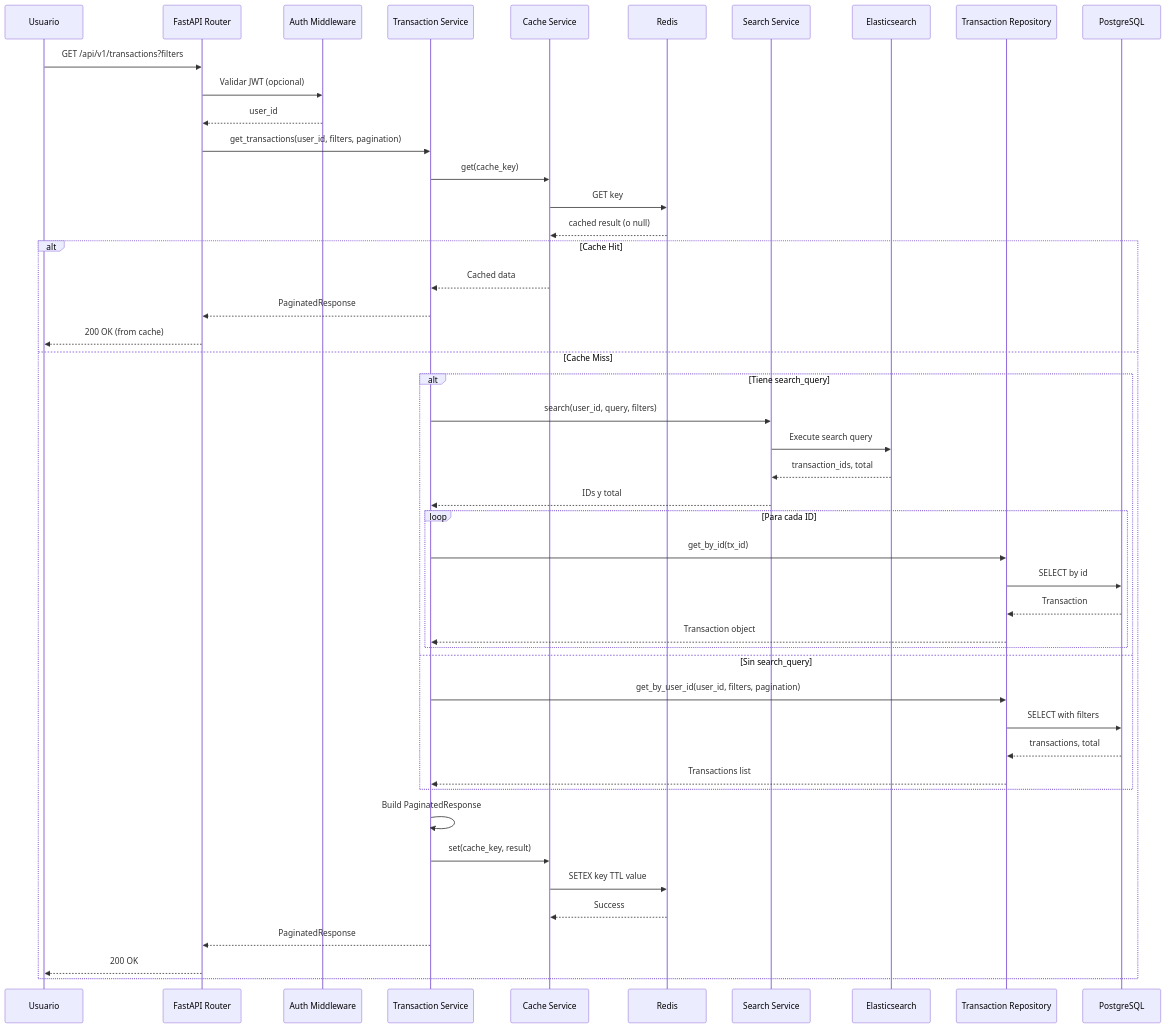
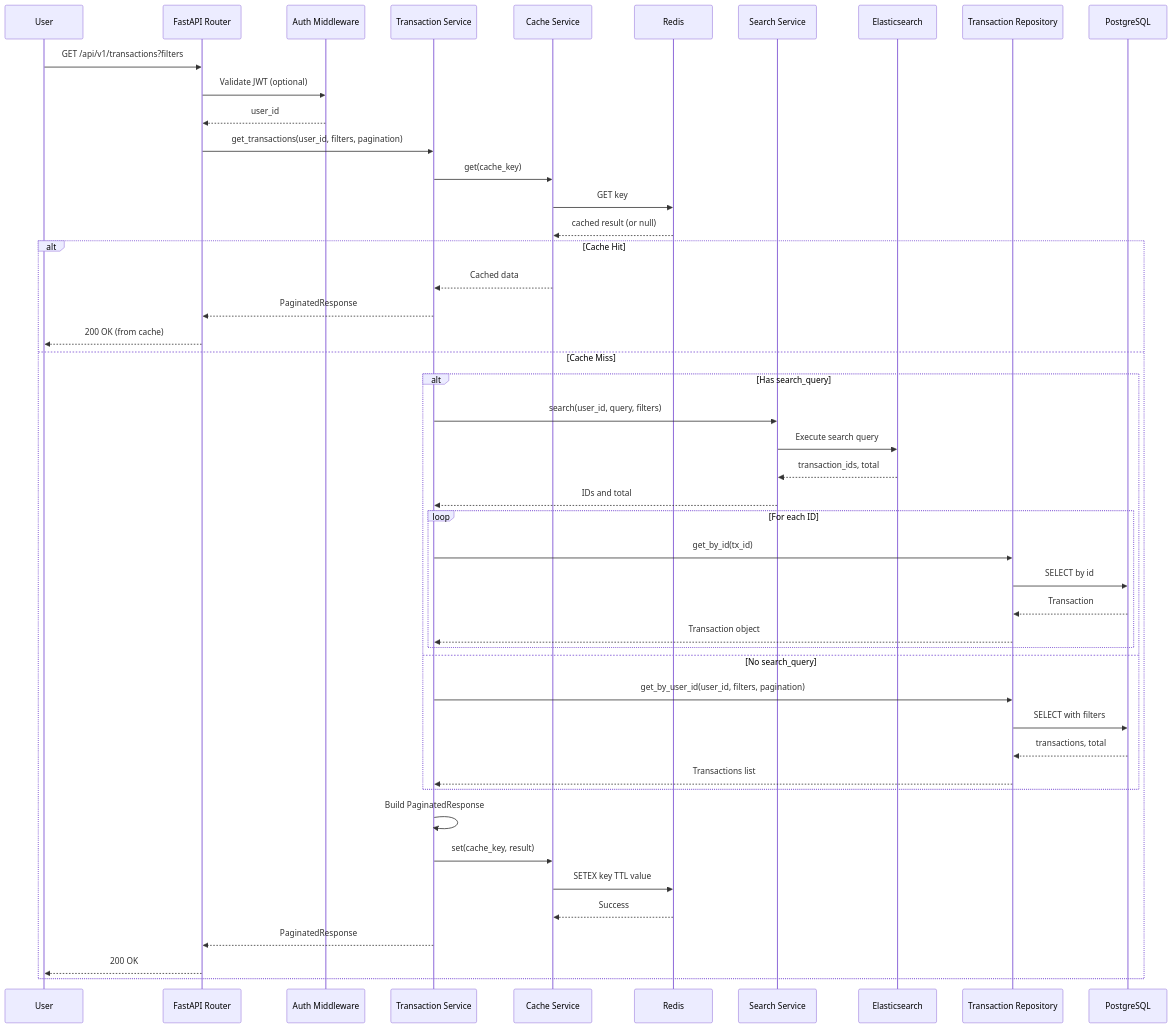
One commit to echevemaster/astropay_challenge changed the fourth of 8 diagrams in README.md. Above: the diagram before and after it, drawn with Mermaid. The commit also changed other lines of this file, not shown here.

````diff
--- a/README.md
+++ b/README.md
@@ -195,56 +195,56 @@
 ```mermaid
 sequenceDiagram
-    participant U as Usuario
+    participant U as User
     participant API as FastAPI Router
     participant Auth as Auth Middleware
     participant TS as Transaction Service
     participant Cache as Cache Service
     participant Redis as Redis
     participant Search as Search Service
     participant ES as Elasticsearch
     participant Repo as Transaction Repository
     participant DB as PostgreSQL
     
     U->>API: GET /api/v1/transactions?filters
-    API->>Auth: Validar JWT (opcional)
+    API->>Auth: Validate JWT (optional)
     Auth-->>API: user_id
     
     API->>TS: get_transactions(user_id, filters, pagination)
     
     TS->>Cache: get(cache_key)
     Cache->>Redis: GET key
-    Redis-->>Cache: cached result (o null)
+    Redis-->>Cache: cached result (or null)
     
     alt Cache Hit
         Cache-->>TS: Cached data
         TS-->>API: PaginatedResponse
         API-->>U: 200 OK (from cache)
     else Cache Miss
-        alt Tiene search_query
+        alt Has search_query
             TS->>Search: search(user_id, query, filters)
             Search->>ES: Execute search query
             ES-->>Search: transaction_ids, total
-            Search-->>TS: IDs y total
+            Search-->>TS: IDs and total
             
-            loop Para cada ID
+            loop For each ID
                 TS->>Repo: get_by_id(tx_id)
                 Repo->>DB: SELECT by id
                 DB-->>Repo: Transaction
                 Repo-->>TS: Transaction object
             end
-        else Sin search_query
+        else No search_query
             TS->>Repo: get_by_user_id(user_id, filters, pagination)
             Repo->>DB: SELECT with filters
             DB-->>Repo: transactions, total
             Repo-->>TS: Transactions list
         end
         
         TS->>TS: Build PaginatedResponse
         TS->>Cache: set(cache_key, result)
         Cache->>Redis: SETEX key TTL value
         Redis-->>Cache: Success
         
         TS-->>API: PaginatedResponse
         API-->>U: 200 OK
     end
 ```
````
